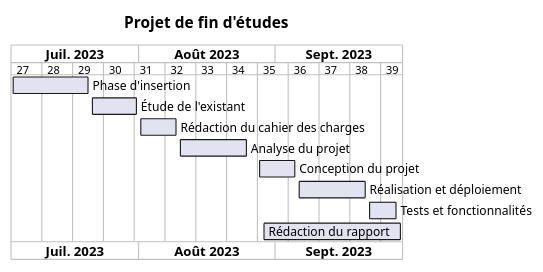
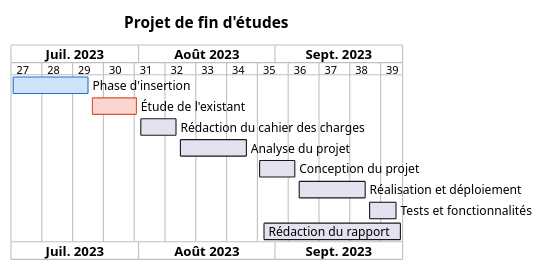
Before and after one commit to STALKER1709/PLANTUMLStudio: the diagram in docs/gantt.md, drawn with PlantUML. The commit also changed other lines of this file and 4 other files, not shown here.

First line of the commit message:
Donner une couleur propre à chaque phase du Gantt

````diff
--- a/docs/gantt.md
+++ b/docs/gantt.md
@@ -102,17 +110,19 @@
 ```plantuml
 @startgantt
 language fr
 title Projet de fin d'études
 Project starts 2023-07-03
 projectscale weekly
 
 [Phase d'insertion] starts 2023-07-03 and ends 2023-07-20
+[Phase d'insertion] is colored in #CFE3FB/#1E6FD9
 [Étude de l'existant] starts 2023-07-21 and ends 2023-07-31
+[Étude de l'existant] is colored in #FBD5CF/#D9542E
 [Rédaction du cahier des charges] starts 2023-08-01 and ends 2023-08-09
 [Analyse du projet] starts 2023-08-10 and ends 2023-08-25
 [Conception du projet] starts 2023-08-28 and ends 2023-09-05
 [Réalisation et déploiement] starts 2023-09-06 and ends 2023-09-21
 [Tests et fonctionnalités] starts 2023-09-22 and ends 2023-09-28
 [Rédaction du rapport] starts 2023-08-29 and ends 2023-09-29
 @endgantt
 ```
````
